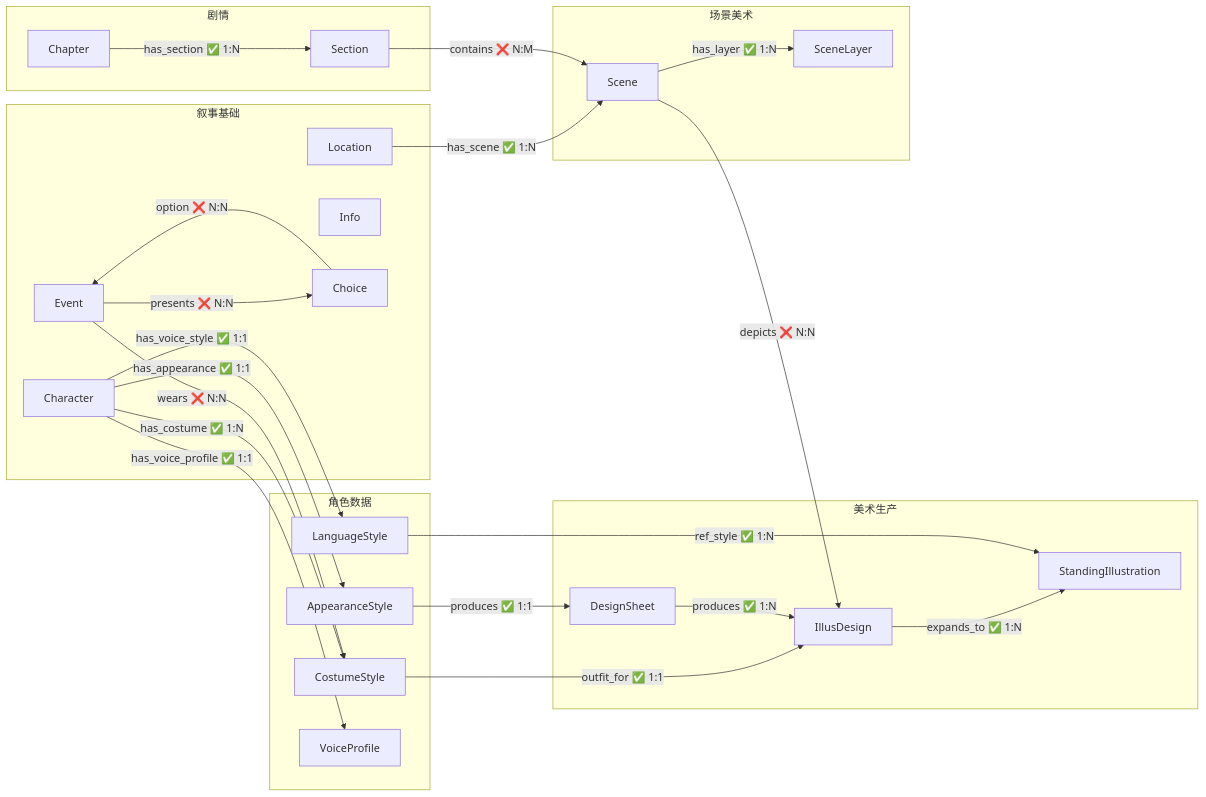
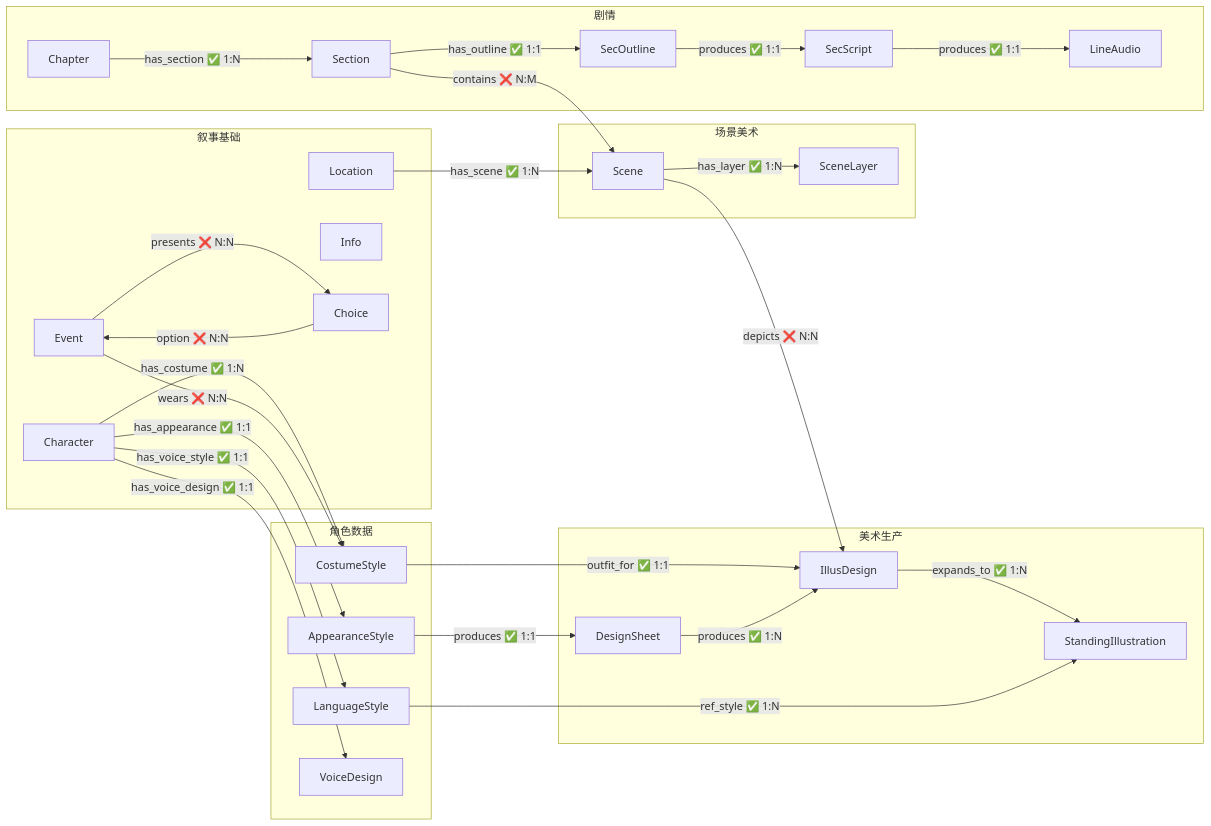
The diagram in 00_init/Schema总览.md (CrazyJinn/OtheredGlass), drawn with Mermaid before and after one commit. The commit also changed other lines of this file and 100 other files, not shown here.

````diff
--- a/00_init/Schema总览.md
+++ b/00_init/Schema总览.md
@@ -89,51 +95,57 @@
 ```mermaid
 flowchart LR
     subgraph 叙事["叙事基础"]
         Character["Character"]
         Event["Event"]
         Location["Location"]
         Info["Info"]
         Choice["Choice"]
     end
 
     subgraph 角色数据["角色数据"]
         Appearance["AppearanceStyle"]
         Costume["CostumeStyle"]
         Language["LanguageStyle"]
-        Voice["VoiceProfile"]
+        Voice["VoiceDesign"]
     end
 
     subgraph 美术生产["美术生产"]
         DesignSheet["DesignSheet"]
         IllusDesign["IllusDesign"]
         StandingIllus["StandingIllustration"]
     end
 
     subgraph 场景美术["场景美术"]
         Scene["Scene"]
         SceneLayer["SceneLayer"]
     end
 
     subgraph 剧情["剧情"]
         Chapter["Chapter"]
         Section["Section"]
+        SecOutline["SecOutline"]
+        SecScript["SecScript"]
+        LineAudio["LineAudio"]
     end
 
     Character -->|"has_appearance ✅ 1:1"| Appearance
     Character -->|"has_costume ✅ 1:N"| Costume
     Character -->|"has_voice_style ✅ 1:1"| Language
-    Character -->|"has_voice_profile ✅ 1:1"| Voice
+    Character -->|"has_voice_design ✅ 1:1"| Voice
     Appearance -->|"produces ✅ 1:1"| DesignSheet
     Costume -->|"outfit_for ✅ 1:1"| IllusDesign
     DesignSheet -->|"produces ✅ 1:N"| IllusDesign
     Event -->|"wears ❌ N:N"| Costume
     Event -->|"presents ❌ N:N"| Choice
     Choice -->|"option ❌ N:N"| Event
     IllusDesign -->|"expands_to ✅ 1:N"| StandingIllus
     Language -->|"ref_style ✅ 1:N"| StandingIllus
     Location -->|"has_scene ✅ 1:N"| Scene
     Scene -->|"has_layer ✅ 1:N"| SceneLayer
     Chapter -->|"has_section ✅ 1:N"| Section
+    Section -->|"has_outline ✅ 1:1"| SecOutline
+    SecOutline -->|"produces ✅ 1:1"| SecScript
+    SecScript -->|"produces ✅ 1:1"| LineAudio
     Section -->|"contains ❌ N:M"| Scene
     Scene -->|"depicts ❌ N:N"| IllusDesign
 ```
````
